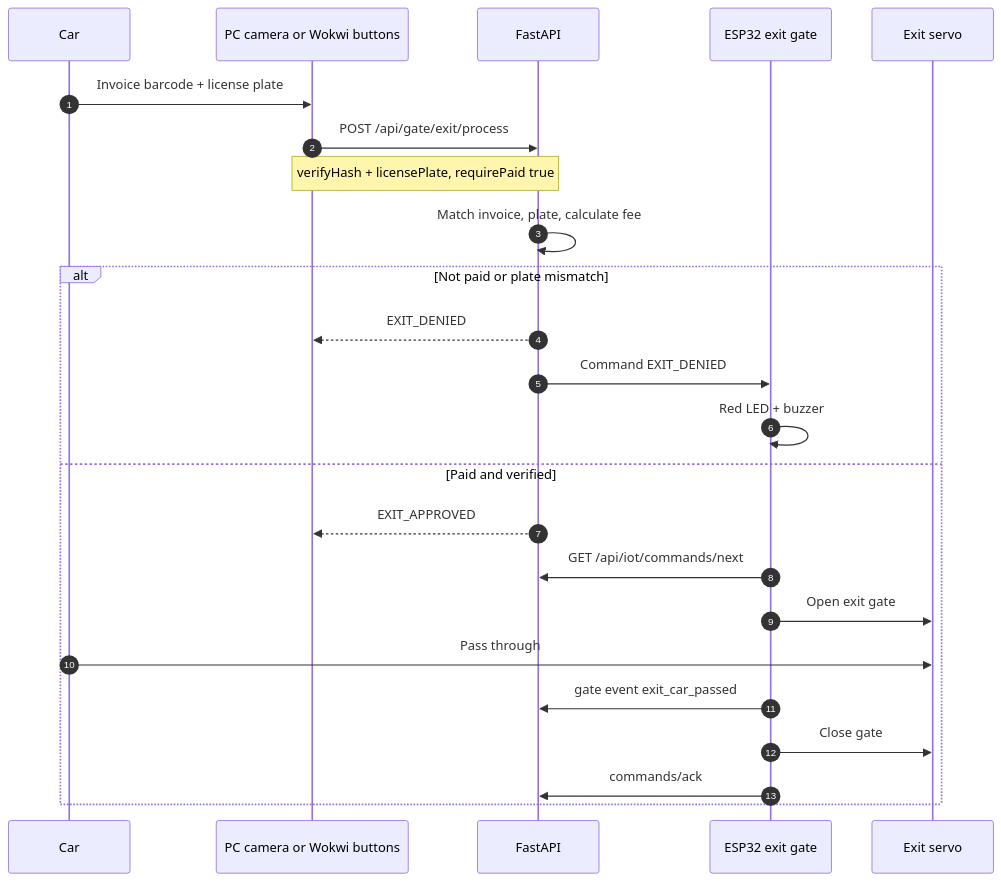
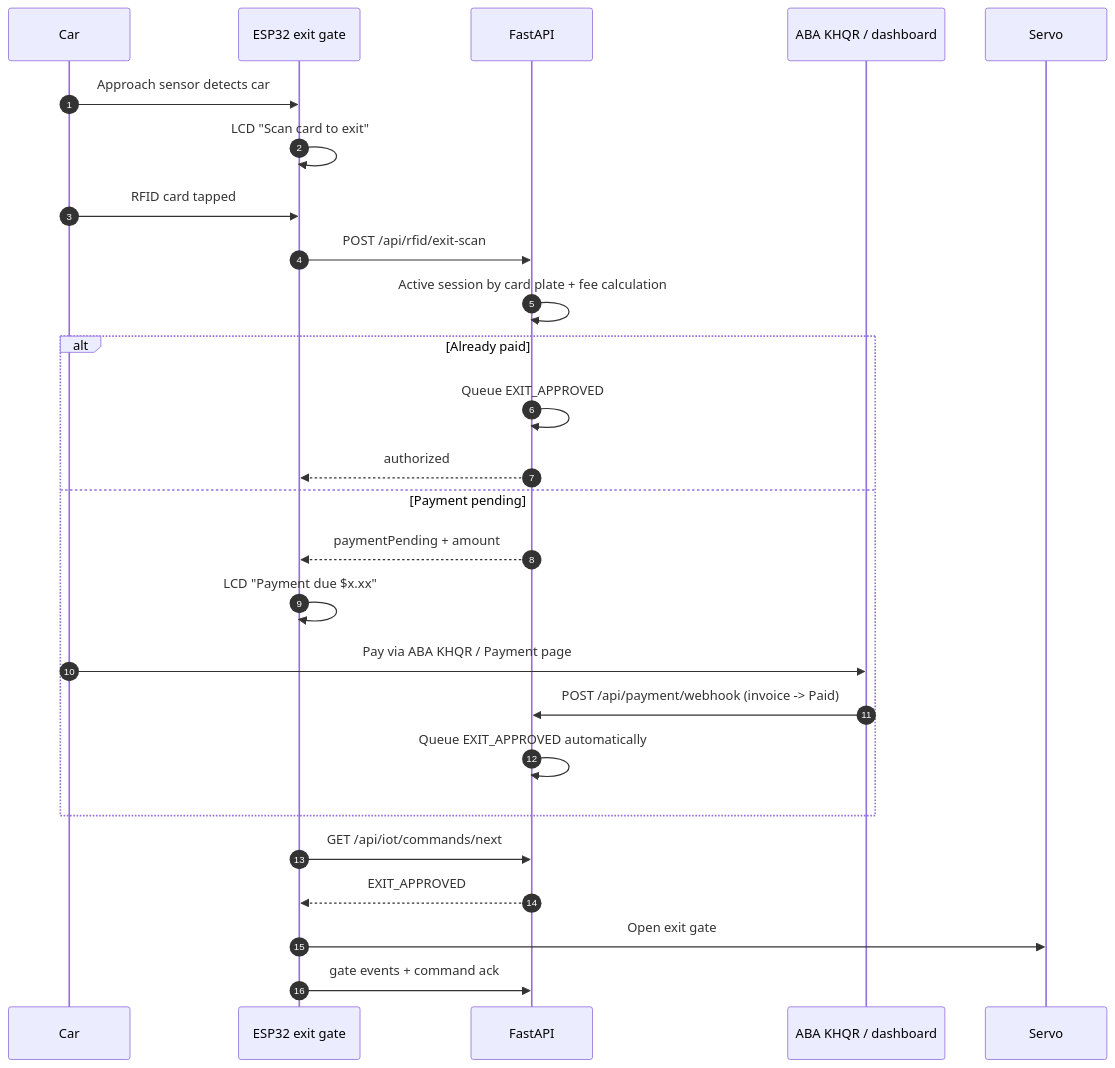
The third of 4 diagrams in README.md (Kimheang-code-IT/IOT-Parking-system), drawn with Mermaid before and after one commit. The commit also changed other lines of this file and 125 other files, not shown here.

First line of the commit message:
Add RFID gate stack, PostgreSQL Docker infrastructure, and tests

````diff
--- a/README.md
+++ b/README.md
@@ -385,29 +196,31 @@
 ```mermaid
 sequenceDiagram
     autonumber
     participant Car
-    participant Cam as PC camera or Wokwi buttons
+    participant ESP as ESP32 exit gate
     participant API as FastAPI
-    participant ESP as ESP32 exit gate
-    participant S as Exit servo
+    participant Bank as ABA KHQR / dashboard
+    participant S as Servo
 
-    Car->>Cam: Invoice barcode + license plate
-    Cam->>API: POST /api/gate/exit/process
-    Note over Cam,API: verifyHash + licensePlate, requirePaid true
+    Car->>ESP: Approach sensor detects car
+    ESP->>ESP: LCD "Scan card to exit"
+    Car->>ESP: RFID card tapped
+    ESP->>API: POST /api/rfid/exit-scan
+    API->>API: Active session by card plate + fee calculation
 
-    API->>API: Match invoice, plate, calculate fee
+    alt Already paid
+        API->>API: Queue EXIT_APPROVED
+        API-->>ESP: authorized
+    else Payment pending
+        API-->>ESP: paymentPending + amount
+        ESP->>ESP: LCD "Payment due $x.xx"
+        Car->>Bank: Pay via ABA KHQR / Payment page
+        Bank->>API: POST /api/payment/webhook (invoice -> Paid)
+        API->>API: Queue EXIT_APPROVED automatically
+    end
 
-    alt Not paid or plate mismatch
-        API-->>Cam: EXIT_DENIED
-        API->>ESP: Command EXIT_DENIED
-        ESP->>ESP: Red LED + buzzer
-    else Paid and verified
-        API-->>Cam: EXIT_APPROVED
-        ESP->>API: GET /api/iot/commands/next
-        ESP->>S: Open exit gate
-        Car->>S: Pass through
-        ESP->>API: gate event exit_car_passed
-        ESP->>S: Close gate
-        ESP->>API: commands/ack
-    end
+    ESP->>API: GET /api/iot/commands/next
+    API-->>ESP: EXIT_APPROVED
+    ESP->>S: Open exit gate
+    ESP->>API: gate events + command ack
 ```
````
